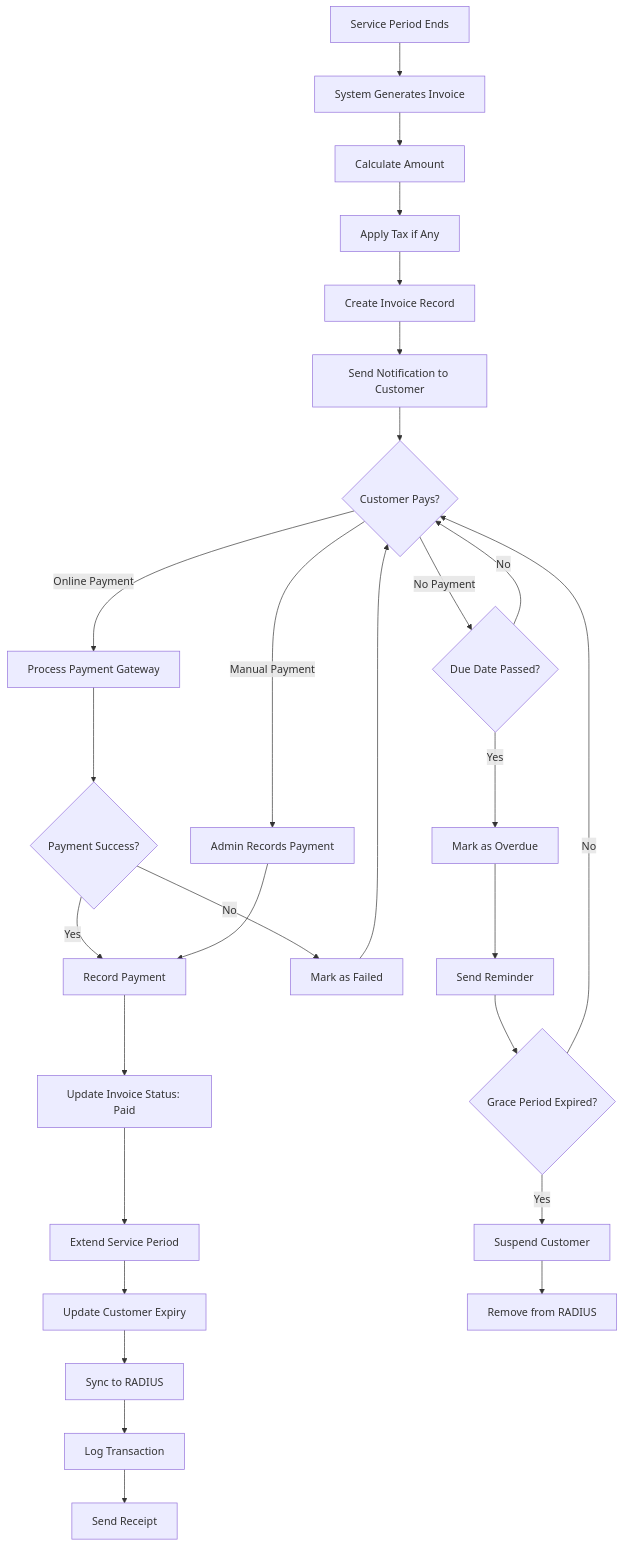
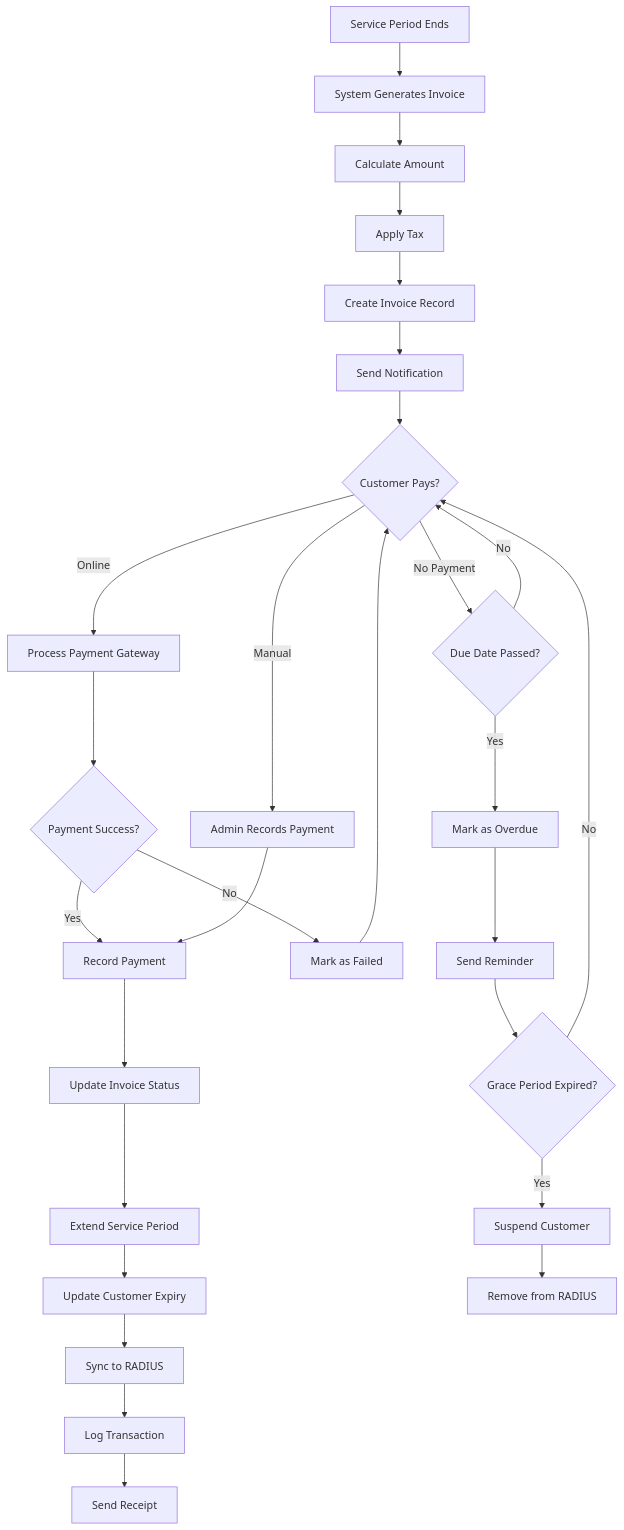
Diagram 11 of 15 in README.md (rayocta303/RadixLink), drawn with Mermaid before and after one commit. The commit also changed other lines of this file, not shown here.

First line of the commit message:
Assistant checkpoint: Fix all Mermaid diagram syntax errors in README.md

````diff
--- a/README.md
+++ b/README.md
@@ -607,35 +607,39 @@
 ```mermaid
 flowchart TD
-    A[Service Period Ends] --> B[System Generates Invoice]
-    B --> C[Calculate Amount]
-    C --> D[Apply Tax if Any]
-    D --> E[Create Invoice Record]
-    E --> F[Send Notification to Customer]
+    A[Service Period Ends]
+    B[System Generates Invoice]
+    C[Calculate Amount]
+    D[Apply Tax]
+    E[Create Invoice Record]
+    F[Send Notification]
+    G{Customer Pays?}
+    H[Process Payment Gateway]
+    I{Payment Success?}
+    J[Record Payment]
+    K[Mark as Failed]
+    L[Admin Records Payment]
+    M[Update Invoice Status]
+    N[Extend Service Period]
+    O[Update Customer Expiry]
+    P[Sync to RADIUS]
+    Q[Log Transaction]
+    R[Send Receipt]
+    S{Due Date Passed?}
+    T[Mark as Overdue]
+    U[Send Reminder]
+    V{Grace Period Expired?}
+    W[Suspend Customer]
+    X[Remove from RADIUS]
     
-    F --> G{Customer Pays?}
-    
-    G -->|Online Payment| H[Process Payment Gateway]
-    H --> I{Payment Success?}
-    I -->|Yes| J[Record Payment]
-    I -->|No| K[Mark as Failed]
-    K --> G
-    
-    G -->|Manual Payment| L[Admin Records Payment]
-    L --> J
-    
-    J --> M[Update Invoice Status: Paid]
-    M --> N[Extend Service Period]
-    N --> O[Update Customer Expiry]
-    O --> P[Sync to RADIUS]
-    P --> Q[Log Transaction]
-    Q --> R[Send Receipt]
-    
-    G -->|No Payment| S{Due Date Passed?}
+    A --> B --> C --> D --> E --> F --> G
+    G -->|Online| H --> I
+    I -->|Yes| J
+    I -->|No| K --> G
+    G -->|Manual| L --> J
+    J --> M --> N --> O --> P --> Q --> R
+    G -->|No Payment| S
     S -->|No| G
-    S -->|Yes| T[Mark as Overdue]
-    T --> U[Send Reminder]
-    U --> V{Grace Period Expired?}
+    S -->|Yes| T --> U --> V
     V -->|No| G
-    V -->|Yes| W[Suspend Customer]
-    W --> X[Remove from RADIUS]
+    V -->|Yes| W --> X
 ```
````
